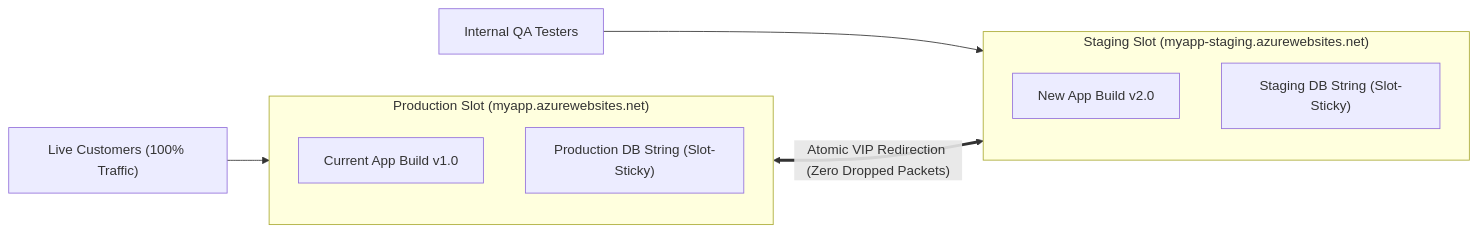
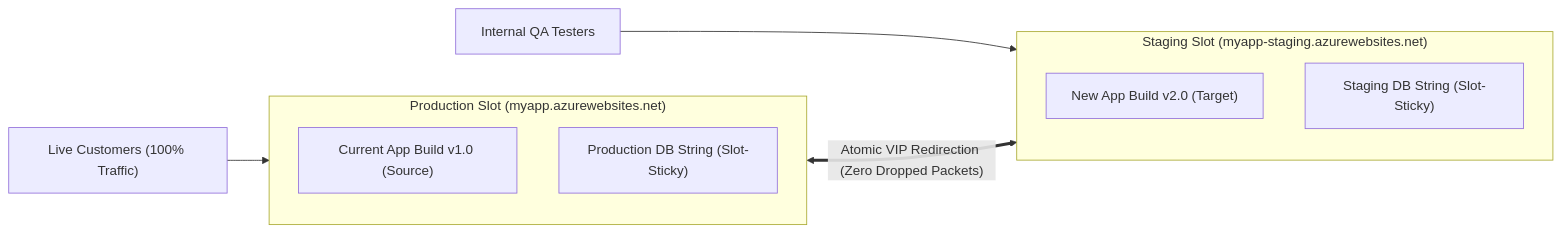
Before and after one commit to kmashour/BrainDump: the first of 2 diagrams in Reference Notes/13-104-10_administer_paas_compute_options.md, drawn with Mermaid. The commit also changed other lines of this file and 6 other files, not shown here.

````diff
--- a/Reference Notes/13-104-10_administer_paas_compute_options.md
+++ b/Reference Notes/13-104-10_administer_paas_compute_options.md
@@ -102,17 +213,17 @@
 ```mermaid
 flowchart LR
     subgraph StagingSlot ["Staging Slot (myapp-staging.azurewebsites.net)"]
-        NewCode["New App Build v2.0"]
+        NewCode["New App Build v2.0 (Target)"]
         StagingDB["Staging DB String (Slot-Sticky)"]
     end
 
     subgraph ProductionSlot ["Production Slot (myapp.azurewebsites.net)"]
-        LiveCode["Current App Build v1.0"]
+        LiveCode["Current App Build v1.0 (Source)"]
         ProdDB["Production DB String (Slot-Sticky)"]
     end
 
     Users["Live Customers (100% Traffic)"] --> ProductionSlot
     DevQA["Internal QA Testers"] --> StagingSlot
 
     ProductionSlot <== "Atomic VIP Redirection (Zero Dropped Packets)" ==> StagingSlot
 ```
````
